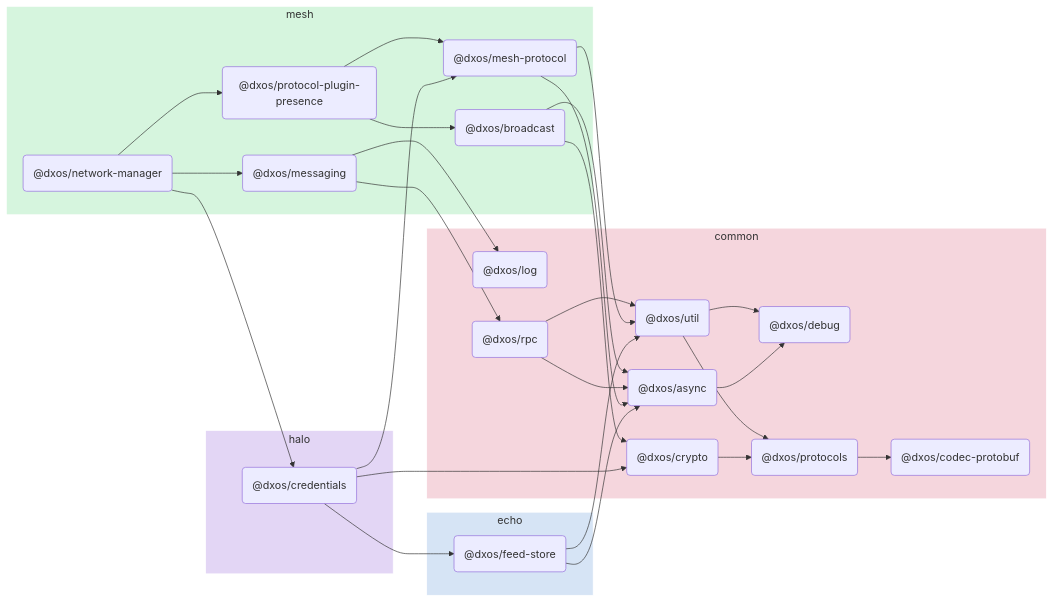
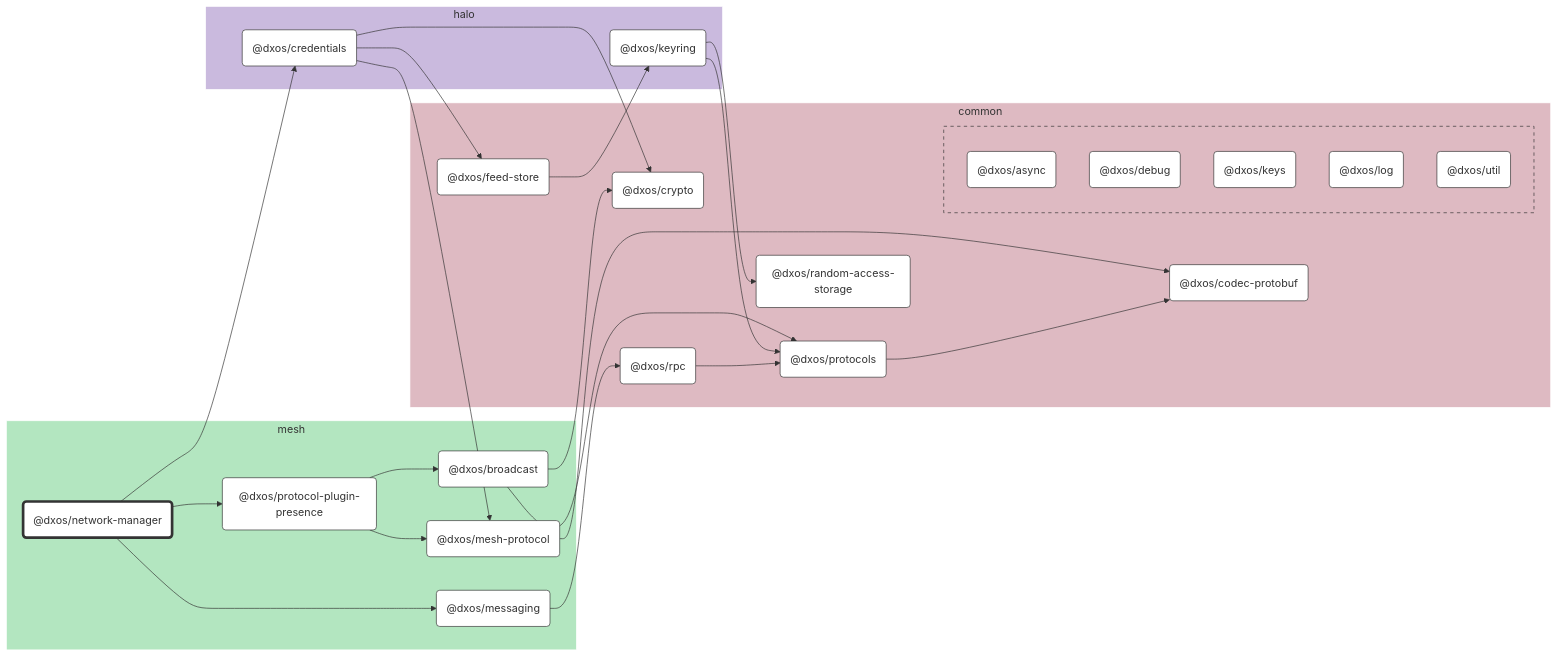
Before and after one commit to dxos/dxos: the diagram in packages/mesh/network-manager/docs/README.md, drawn with Mermaid. The commit also changed other lines of this file and 89 other files, not shown here.

````diff
--- a/packages/mesh/network-manager/docs/README.md
+++ b/packages/mesh/network-manager/docs/README.md
@@ -5,58 +7,108 @@
 ```mermaid
-flowchart LR;
+%%{ init: {'flowchart':{'curve':'basis'}} }%%
 
+flowchart LR
+
+%% Links
+dxos/broadcast --> dxos/crypto;
+dxos/broadcast --> dxos/protocols;
+dxos/credentials --> dxos/crypto;
+dxos/credentials --> dxos/feed-store;
+dxos/credentials --> dxos/mesh-protocol;
+dxos/feed-store --> dxos/keyring;
+dxos/keyring --> dxos/protocols;
+dxos/keyring --> dxos/random-access-storage;
+dxos/mesh-protocol --> dxos/codec-protobuf;
+dxos/messaging --> dxos/rpc;
+dxos/network-manager --> dxos/credentials;
+dxos/network-manager --> dxos/messaging;
+dxos/network-manager --> dxos/protocol-plugin-presence;
+dxos/protocol-plugin-presence --> dxos/broadcast;
+dxos/protocol-plugin-presence --> dxos/mesh-protocol;
+dxos/protocols --> dxos/codec-protobuf;
+dxos/rpc --> dxos/protocols;
+
+%% Sections
 subgraph mesh
-  style mesh fill:#d6f5de,stroke:#fff;
-  dxos/network-manager("@dxos/network-manager");
-  dxos/mesh-protocol("@dxos/mesh-protocol");
-  dxos/messaging("@dxos/messaging");
-  dxos/protocol-plugin-presence("@dxos/protocol-plugin-presence");
-  dxos/broadcast("@dxos/broadcast");
+  style mesh fill:#b3e6c0,stroke:#fff;
+
+  dxos/broadcast("@dxos/broadcast")
+  dxos/mesh-protocol("@dxos/mesh-protocol")
+  dxos/messaging("@dxos/messaging")
+  dxos/network-manager("@dxos/network-manager")
+  dxos/protocol-plugin-presence("@dxos/protocol-plugin-presence")
 end
 
 subgraph common
-  style common fill:#f5d6dd,stroke:#fff;
-  dxos/async("@dxos/async");
-  dxos/debug("@dxos/debug");
-  dxos/codec-protobuf("@dxos/codec-protobuf");
-  dxos/crypto("@dxos/crypto");
-  dxos/protocols("@dxos/protocols");
-  dxos/util("@dxos/util");
-  dxos/log("@dxos/log");
-  dxos/rpc("@dxos/rpc");
+  style common fill:#debac2,stroke:#fff;
+
+  dxos/codec-protobuf("@dxos/codec-protobuf")
+  dxos/crypto("@dxos/crypto")
+  dxos/feed-store("@dxos/feed-store")
+  dxos/protocols("@dxos/protocols")
+  dxos/random-access-storage("@dxos/random-access-storage")
+  dxos/rpc("@dxos/rpc")
+
+  subgraph common-excluded [ ]
+    style common-excluded fill:#debac2,stroke:#333,stroke-dasharray:5 5;
+
+    dxos/async("@dxos/async")
+    dxos/debug("@dxos/debug")
+    dxos/keys("@dxos/keys")
+    dxos/log("@dxos/log")
+    dxos/util("@dxos/util")
+  end
 end
 
 subgraph halo
-  style halo fill:#e3d6f5,stroke:#fff;
-  dxos/credentials("@dxos/credentials");
+  style halo fill:#cabade,stroke:#fff;
+
+  dxos/credentials("@dxos/credentials")
+  dxos/keyring("@dxos/keyring")
 end
 
-subgraph echo
-  style echo fill:#d6e4f5,stroke:#fff;
-  dxos/feed-store("@dxos/feed-store");
-end
 
-dxos/async --> dxos/debug;
-dxos/network-manager --> dxos/credentials;
-dxos/credentials --> dxos/crypto;
-dxos/crypto --> dxos/protocols;
-dxos/protocols --> dxos/codec-protobuf;
-dxos/credentials --> dxos/feed-store;
-dxos/feed-store --> dxos/async;
-dxos/feed-store --> dxos/util;
-dxos/util --> dxos/debug;
-dxos/util --> dxos/protocols;
-dxos/credentials --> dxos/mesh-protocol;
-dxos/mesh-protocol --> dxos/async;
-dxos/mesh-protocol --> dxos/util;
-dxos/network-manager --> dxos/messaging;
-dxos/messaging --> dxos/log;
-dxos/messaging --> dxos/rpc;
-dxos/rpc --> dxos/async;
-dxos/rpc --> dxos/util;
-dxos/network-manager --> dxos/protocol-plugin-presence;
-dxos/protocol-plugin-presence --> dxos/broadcast;
-dxos/broadcast --> dxos/async;
-dxos/broadcast --> dxos/crypto;
-dxos/protocol-plugin-presence --> dxos/mesh-protocol;
+%% Hyperlinks
+click dxos/async "dxos/dxos/tree/main/packages/common/async/docs";
+click dxos/broadcast "dxos/dxos/tree/main/packages/mesh/broadcast/docs";
+click dxos/codec-protobuf "dxos/dxos/tree/main/packages/common/codec-protobuf/docs";
+click dxos/credentials "dxos/dxos/tree/main/packages/halo/credentials/docs";
+click dxos/crypto "dxos/dxos/tree/main/packages/common/crypto/docs";
+click dxos/debug "dxos/dxos/tree/main/packages/common/debug/docs";
+click dxos/feed-store "dxos/dxos/tree/main/packages/common/feed-store/docs";
+click dxos/keyring "dxos/dxos/tree/main/packages/halo/keyring/docs";
+click dxos/keys "dxos/dxos/tree/main/packages/common/keys/docs";
+click dxos/log "dxos/dxos/tree/main/packages/common/log/docs";
+click dxos/mesh-protocol "dxos/dxos/tree/main/packages/mesh/mesh-protocol/docs";
+click dxos/messaging "dxos/dxos/tree/main/packages/mesh/messaging/docs";
+click dxos/protocol-plugin-presence "dxos/dxos/tree/main/packages/mesh/protocol-plugin-presence/docs";
+click dxos/protocols "dxos/dxos/tree/main/packages/common/protocols/docs";
+click dxos/random-access-storage "dxos/dxos/tree/main/packages/common/random-access-storage/docs";
+click dxos/rpc "dxos/dxos/tree/main/packages/common/rpc/docs";
+click dxos/util "dxos/dxos/tree/main/packages/common/util/docs";
+
+%% Styles
+classDef rootNode fill:#fff,stroke:#333,stroke-width:4px
+classDef defaultNode fill:#fff,stroke:#333,stroke-width:1px
+linkStyle default stroke:#333,stroke-width:1px
+
+dxos/network-manager:::rootNode
+
+dxos/async:::defaultNode
+dxos/broadcast:::defaultNode
+dxos/codec-protobuf:::defaultNode
+dxos/credentials:::defaultNode
+dxos/crypto:::defaultNode
+dxos/debug:::defaultNode
+dxos/feed-store:::defaultNode
+dxos/keyring:::defaultNode
+dxos/keys:::defaultNode
+dxos/log:::defaultNode
+dxos/mesh-protocol:::defaultNode
+dxos/messaging:::defaultNode
+dxos/protocol-plugin-presence:::defaultNode
+dxos/protocols:::defaultNode
+dxos/random-access-storage:::defaultNode
+dxos/rpc:::defaultNode
+dxos/util:::defaultNode
 ```
````
